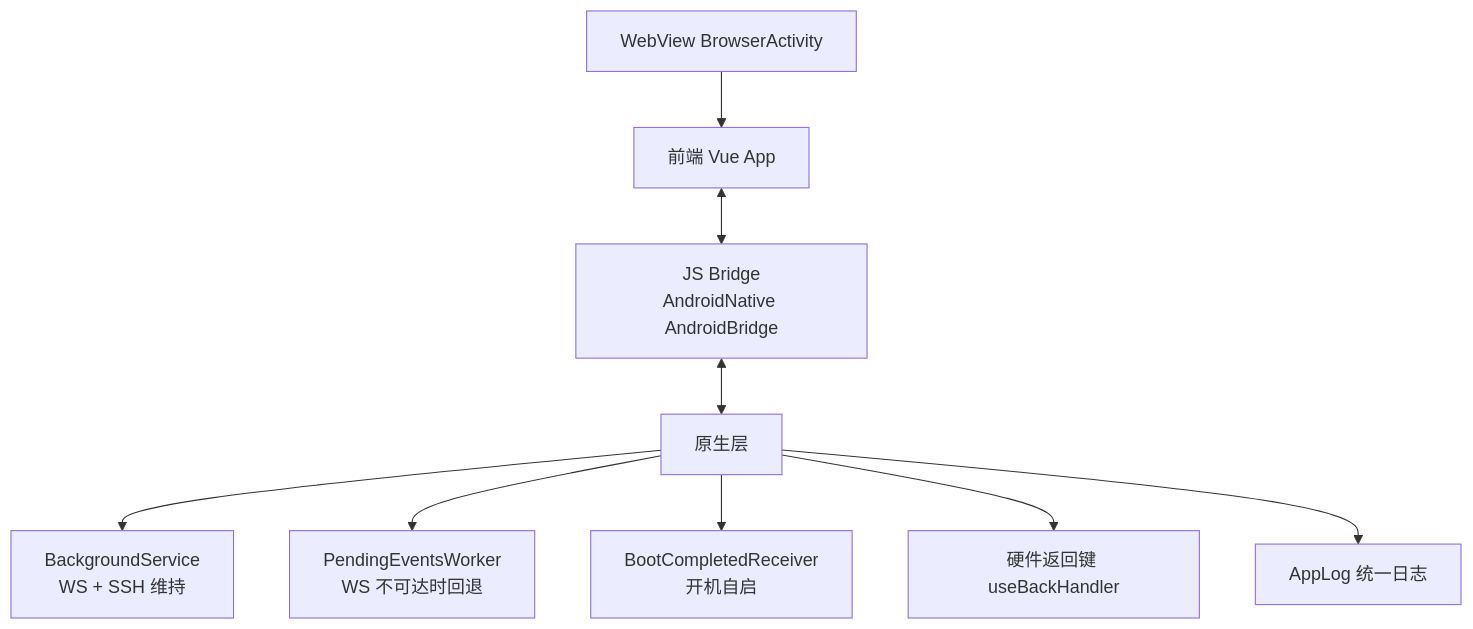
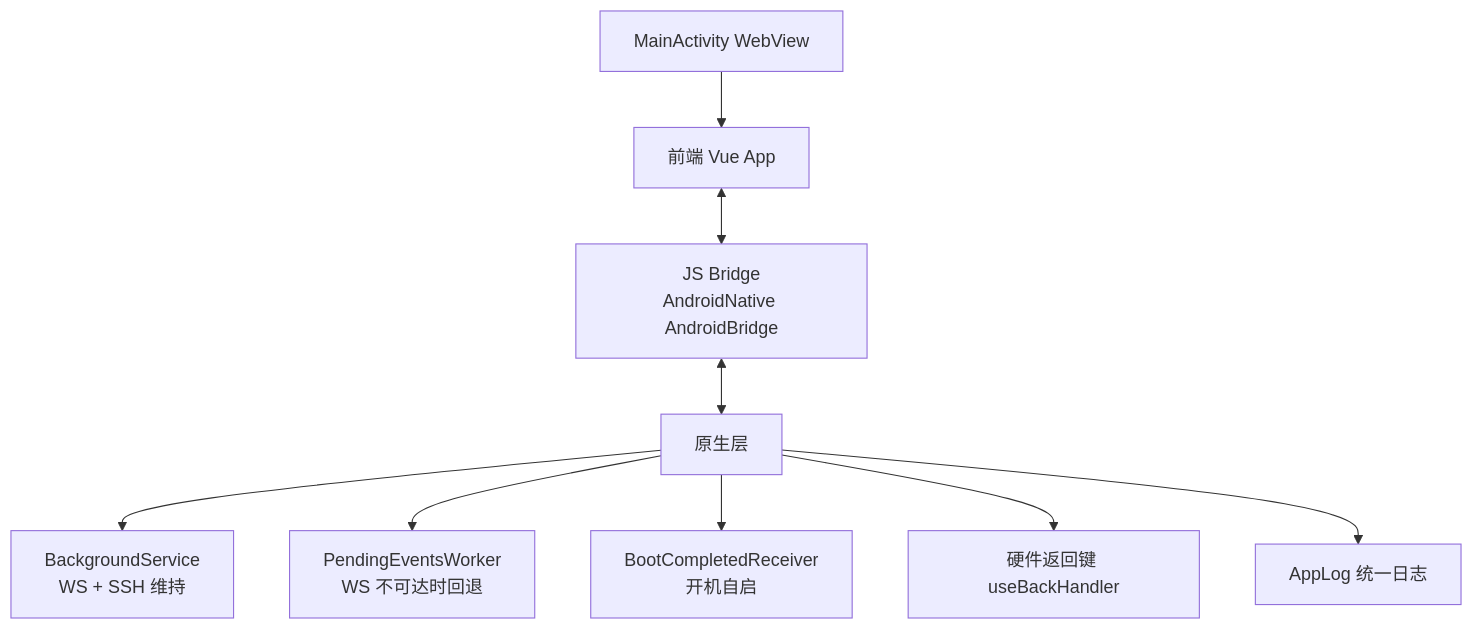
One commit to 0REZ/clawbench changed the first of 3 diagrams in docs/spec/client/android-integration.md. Above: the diagram before and after it, drawn with Mermaid. The commit also changed other lines of this file and 10 other files, not shown here.

````diff
--- a/docs/spec/client/android-integration.md
+++ b/docs/spec/client/android-integration.md
@@ -9,11 +9,11 @@
 ```mermaid
 flowchart TD
-    A[WebView BrowserActivity] --> B[前端 Vue App]
+    A[MainActivity WebView] --> B[前端 Vue App]
     B <--> C[JS Bridge<br/>AndroidNative AndroidBridge]
     C <--> D[原生层]
     D --> E[BackgroundService<br/>WS + SSH 维持]
     D --> F[PendingEventsWorker<br/>WS 不可达时回退]
     D --> G[BootCompletedReceiver<br/>开机自启]
     D --> I[硬件返回键 useBackHandler]
     D --> J[AppLog 统一日志]
 ```
````
